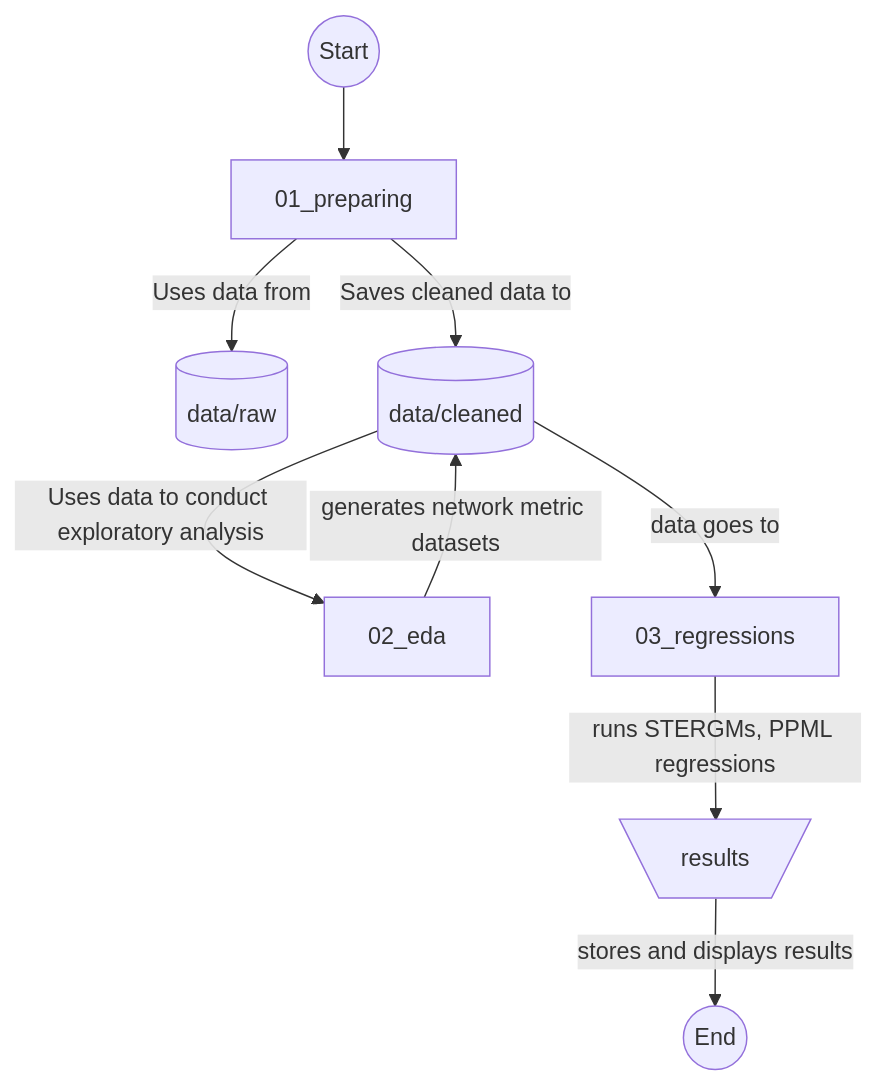
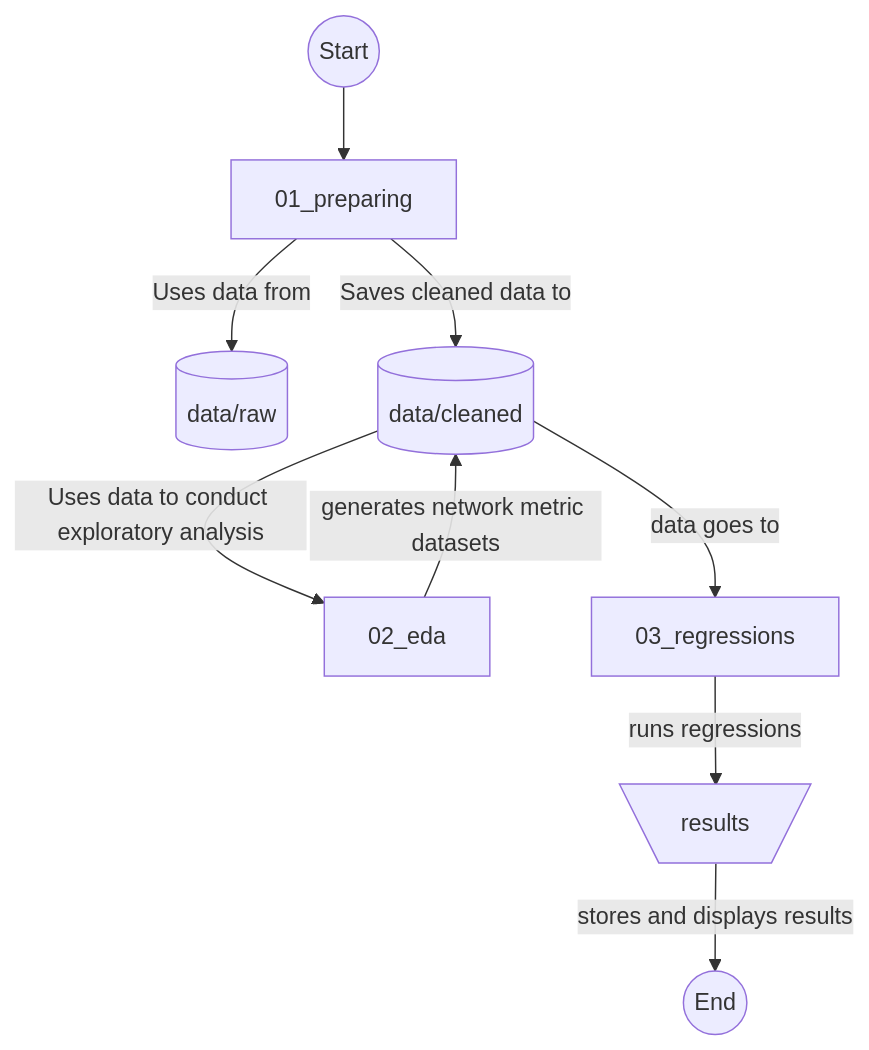
One commit to TAD600/Trading_Pollution changed the diagram in README.md. Above: the diagram before and after it, drawn with Mermaid. The commit also changed 2 other files, not shown here.

````diff
--- a/README.md
+++ b/README.md
@@ -6,12 +6,12 @@
 ```mermaid
 flowchart TD
     A((Start)) --> B[01_preparing]
     B -->|Uses data from| C[(data/raw)]
     B -->|Saves cleaned data to| D[(data/cleaned)]
     D --> |Uses data to conduct exploratory analysis|E[02_eda]
     E -->|generates network metric datasets| D
     D --> |data goes to|F[03_regressions]
-    F -->|runs STERGMs, PPML regressions|H[\results/]
+    F -->|runs regressions|H[\results/]
     H -->|stores and displays results|I((End))
 
 ```
````
